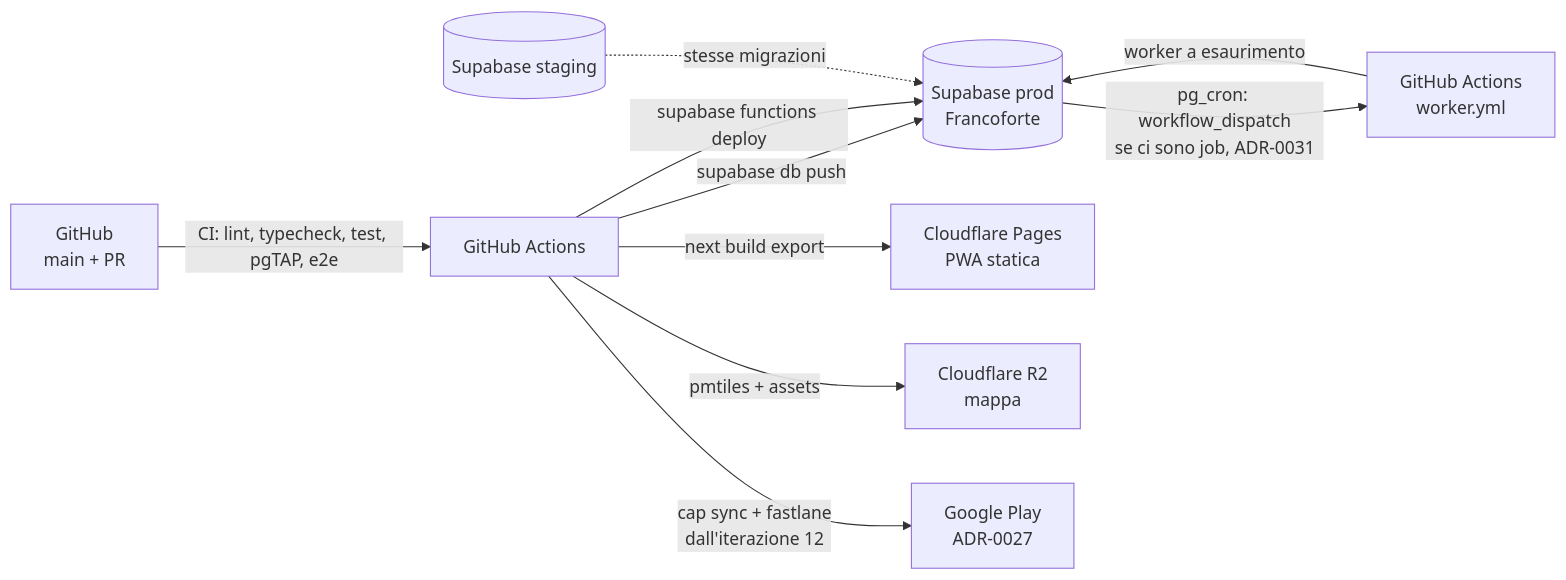
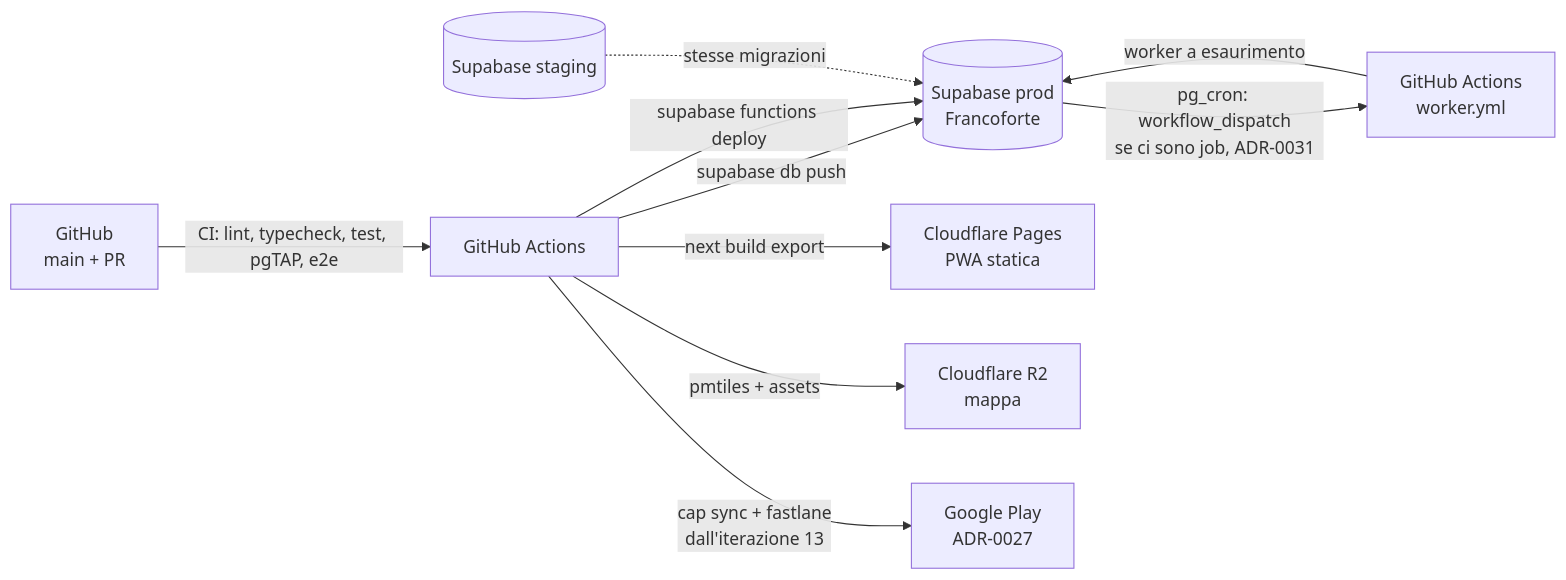
The ninth of 9 diagrams in docs/ARCHITECTURE.md (MatteoParrella/noxa), drawn with Mermaid before and after one commit. The commit also changed 9 other files, not shown here.

````diff
--- a/docs/ARCHITECTURE.md
+++ b/docs/ARCHITECTURE.md
@@ -415,12 +415,12 @@
 ```mermaid
 flowchart LR
     GH[GitHub<br/>main + PR] -->|CI: lint, typecheck, test, pgTAP, e2e| CI[GitHub Actions]
     CI -->|supabase db push| SBP[(Supabase prod<br/>Francoforte)]
     CI -->|supabase functions deploy| SBP
     CI -->|next build export| CFP[Cloudflare Pages<br/>PWA statica]
     CI -->|pmtiles + assets| R2[Cloudflare R2<br/>mappa]
     SBP -->|pg_cron: workflow_dispatch<br/>se ci sono job, ADR-0031| CRONGH[GitHub Actions<br/>worker.yml]
     CRONGH -->|worker a esaurimento| SBP
-    CI -->|cap sync + fastlane<br/>dall'iterazione 12| STORE[Google Play<br/>ADR-0027]
+    CI -->|cap sync + fastlane<br/>dall'iterazione 13| STORE[Google Play<br/>ADR-0027]
     SBS[(Supabase staging)] -.stesse migrazioni.-> SBP
 ```
````
